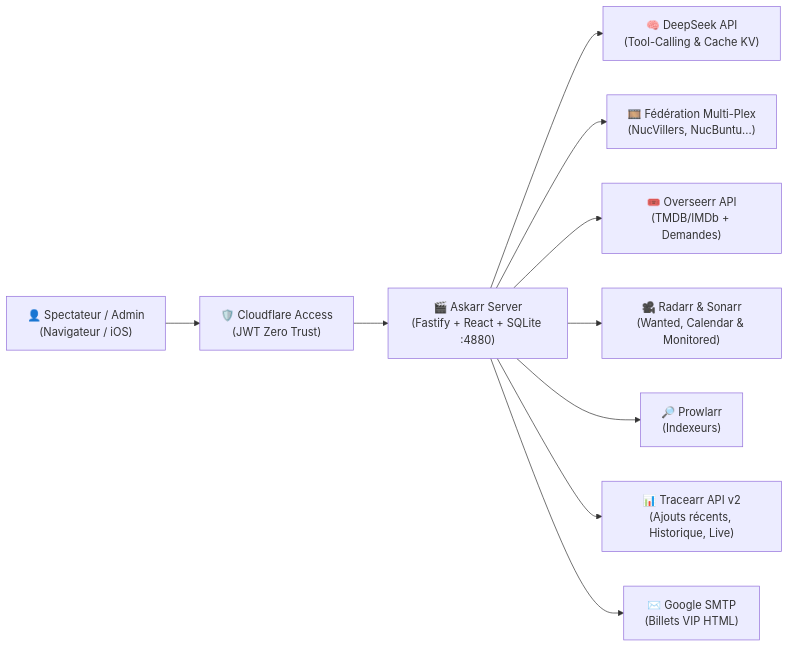
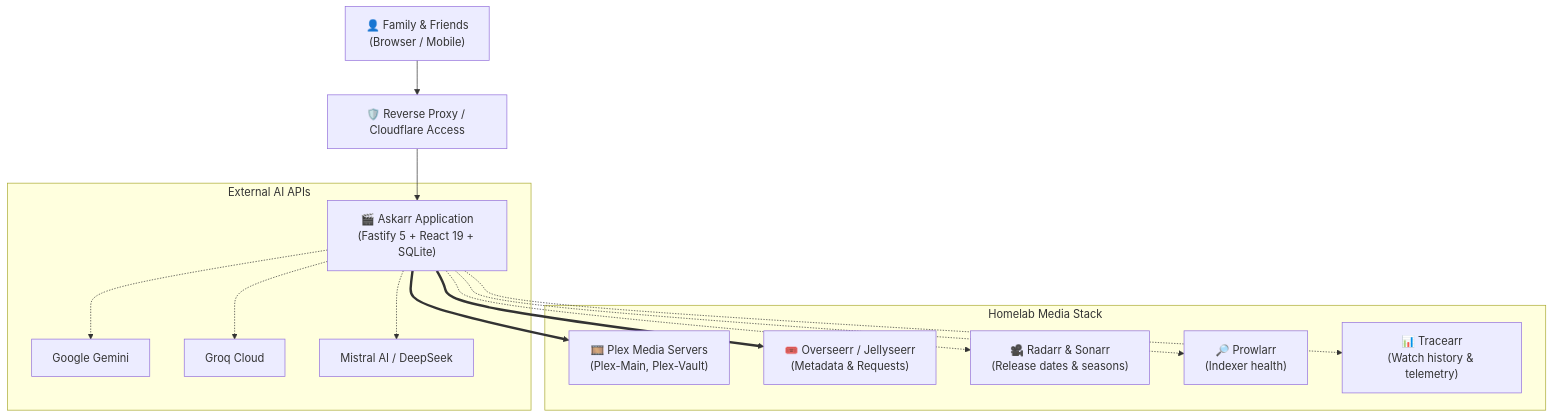
One commit to jsuzanne/askarr changed the diagram in README.md. Above: the diagram before and after it, drawn with Mermaid. The commit also changed other lines of this file and 14 other files, not shown here.

````diff
--- a/README.md
+++ b/README.md
@@ -18,13 +115,19 @@
 ```mermaid
-flowchart LR
-  User["👤 Spectateur / Admin<br/>(Navigateur / iOS)"] --> CF["🛡️ Cloudflare Access<br/>(JWT Zero Trust)"]
-  CF --> Askarr["🎬 Askarr Server<br/>(Fastify + React + SQLite :4880)"]
+flowchart TD
+    User["👤 Family & Friends<br/>(Browser / Mobile)"] --> Proxy["🛡️ Reverse Proxy / Cloudflare Access"]
+    Proxy --> Askarr["🎬 Askarr Application<br/>(Fastify 5 + React 19 + SQLite)"]
 
-  Askarr --> DeepSeek["🧠 DeepSeek API<br/>(Tool-Calling & Cache KV)"]
-  Askarr --> Plex["🎞️ Fédération Multi-Plex<br/>(NucVillers, NucBuntu...)"]
-  Askarr --> Overseerr["🎟️ Overseerr API<br/>(TMDB/IMDb + Demandes)"]
-  Askarr --> Radarr["🎥 Radarr & Sonarr<br/>(Wanted, Calendar & Monitored)"]
-  Askarr --> Prowlarr["🔎 Prowlarr<br/>(Indexeurs)"]
-  Askarr --> Tracearr["📊 Tracearr API v2<br/>(Ajouts récents, Historique, Live)"]
-  Askarr --> SMTP["✉️ Google SMTP<br/>(Billets VIP HTML)"]
+    subgraph External AI APIs
+        Askarr -.-> Gemini["Google Gemini"]
+        Askarr -.-> Groq["Groq Cloud"]
+        Askarr -.-> Mistral["Mistral AI / DeepSeek"]
+    end
+
+    subgraph Homelab Media Stack
+        Askarr ==> Plex["🎞️ Plex Media Servers<br/>(Plex-Main, Plex-Vault)"]
+        Askarr ==> Overseerr["🎟️ Overseerr / Jellyseerr<br/>(Metadata & Requests)"]
+        Askarr -.-> Radarr["🎥 Radarr & Sonarr<br/>(Release dates & seasons)"]
+        Askarr -.-> Prowlarr["🔎 Prowlarr<br/>(Indexer health)"]
+        Askarr -.-> Tracearr["📊 Tracearr<br/>(Watch history & telemetry)"]
+    end
 ```
````
